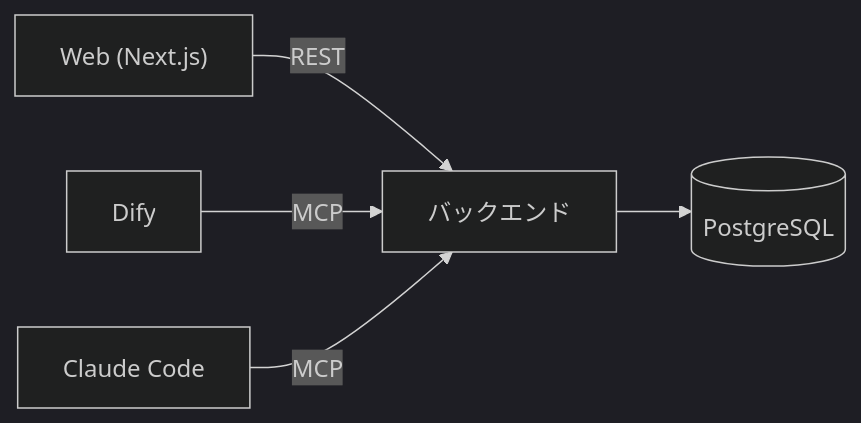
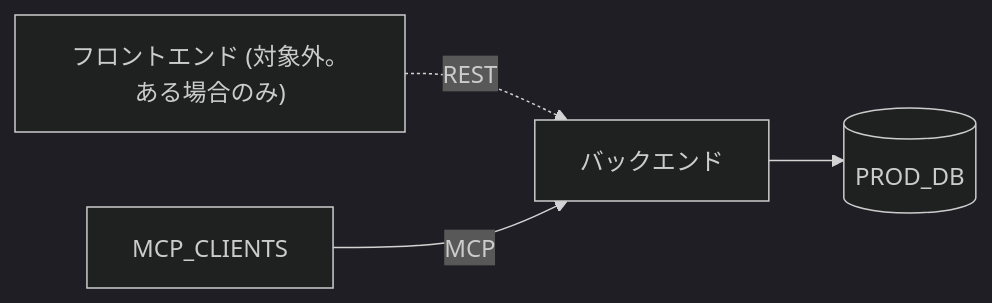
One commit to hikanashi/develop_assistant changed the diagram in design/requiments/enviroment.md. Above: the diagram before and after it, drawn with Mermaid (dark theme). The commit also changed other lines of this file and 5 other files, not shown here.

````diff
--- a/design/requiments/enviroment.md
+++ b/design/requiments/enviroment.md
@@ -24,7 +77,6 @@
 ```mermaid
 flowchart LR
-    Web["Web (Next.js)"] -->|REST| BE["バックエンド"]
-    Dify["Dify"] -->|MCP| BE
-    CC["Claude Code"] -->|MCP| BE
-    BE --> DB[("PostgreSQL")]
+    FE["フロントエンド (対象外。ある場合のみ)"] -.->|REST| BE["バックエンド"]
+    MC["MCP_CLIENTS"] -->|MCP| BE
+    BE --> DB[("PROD_DB")]
 ```
````
